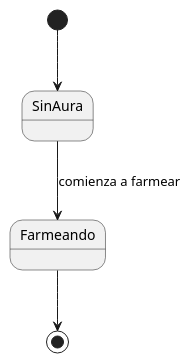
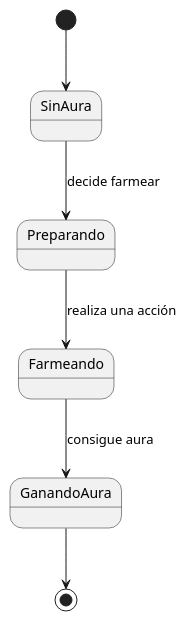
One commit to vanepakk/26-27-idsw1 changed the diagram in entregas/pakVanessa/farmearAura_estados.puml. Above: the diagram before and after it, drawn with PlantUML. The commit also changed 2 other files, not shown here.

```diff
--- a/entregas/pakVanessa/farmearAura_estados.puml
+++ b/entregas/pakVanessa/farmearAura_estados.puml
@@ -1,9 +1,12 @@
 @startuml
 
 [*] --> SinAura
 
-SinAura --> Farmeando : comienza a farmear
+SinAura --> Preparando : decide farmear
+Preparando --> Farmeando : realiza una acción
 
-Farmeando --> [*]
+Farmeando --> GanandoAura : consigue aura
+
+GanandoAura --> [*]
 
 @enduml
```
